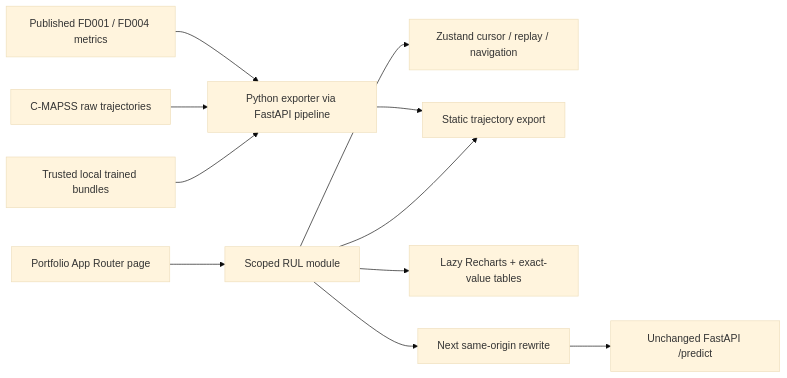
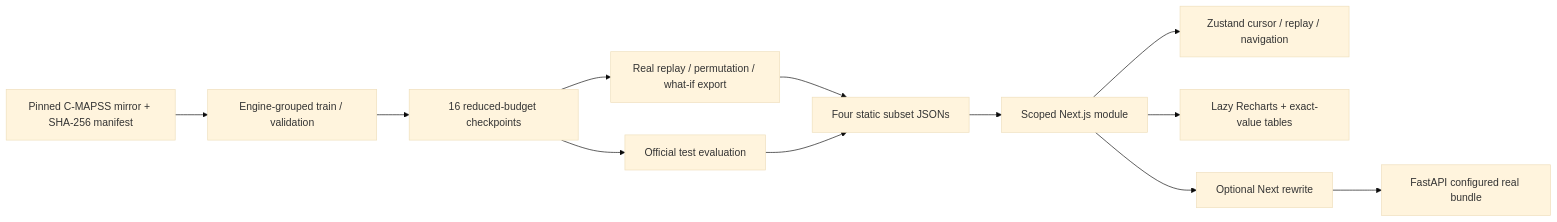
Before and after one commit to EXCALIBUR303/rul-predictive-maintenance: the diagram in frontend/README.md, drawn with Mermaid (base theme). The commit also changed other lines of this file and 22 other files, not shown here.

````diff
--- a/frontend/README.md
+++ b/frontend/README.md
@@ -66,13 +73,14 @@
 ```mermaid
 flowchart LR
-  Page[Portfolio App Router page] --> UI[Scoped RUL module]
+  Source[Pinned C-MAPSS mirror + SHA-256 manifest] --> Split[Engine-grouped train / validation]
+  Split --> Train[16 reduced-budget checkpoints]
+  Train --> Official[Official test evaluation]
+  Train --> Export[Real replay / permutation / what-if export]
+  Export --> JSON[Four static subset JSONs]
+  JSON --> UI[Scoped Next.js module]
+  Official --> JSON
   UI --> Store[Zustand cursor / replay / navigation]
-  UI --> JSON[Static trajectory export]
   UI --> Charts[Lazy Recharts + exact-value tables]
-  UI --> Proxy[Next same-origin rewrite]
-  Proxy --> API[Unchanged FastAPI /predict]
-  Bundle[Trusted local trained bundles] --> Export[Python exporter via FastAPI pipeline]
-  Raw[C-MAPSS raw trajectories] --> Export
-  Export --> JSON
-  Published[Published FD001 / FD004 metrics] --> Export
+  UI --> Proxy[Optional Next rewrite]
+  Proxy --> API[FastAPI configured real bundle]
 ```
````
